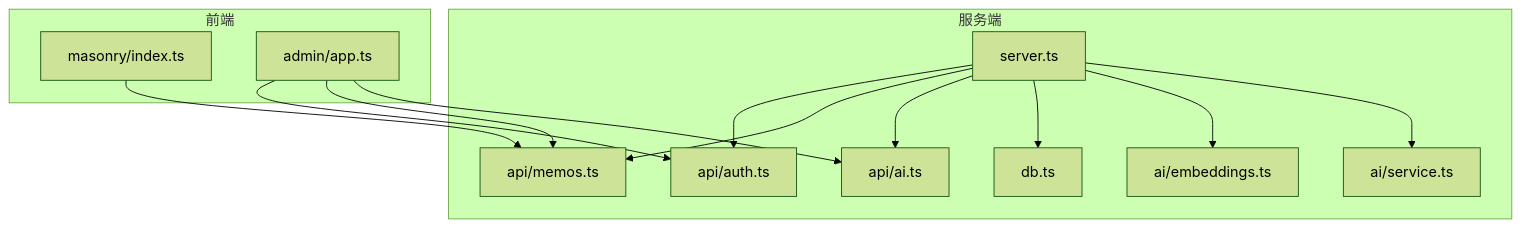
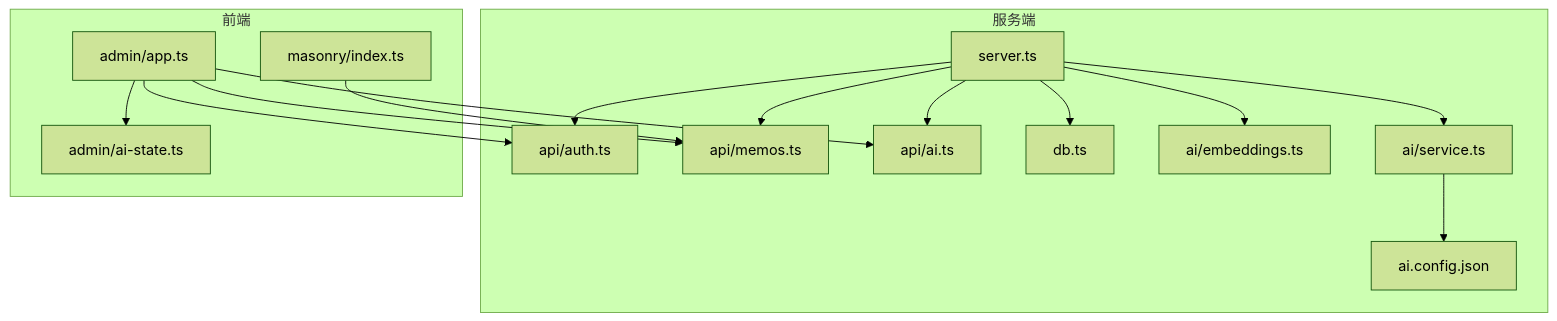
The second of 9 diagrams in .qoder/repowiki/zh/content/开发指南/开发指南.md (BlackBoxRecorder/memos), drawn with Mermaid (forest theme) before and after one commit. The commit also changed other lines of this file and 8 other files, not shown here.

````diff
--- a/.qoder/repowiki/zh/content/开发指南/开发指南.md
+++ b/.qoder/repowiki/zh/content/开发指南/开发指南.md
@@ -105,26 +110,30 @@
 ```mermaid
 graph TB
 subgraph "服务端"
 S["server.ts"]
 R1["api/auth.ts"]
 R2["api/memos.ts"]
 R3["api/ai.ts"]
 D["db.ts"]
 E["ai/embeddings.ts"]
 V["ai/service.ts"]
+CFG["ai.config.json"]
 end
 subgraph "前端"
 M["masonry/index.ts"]
 A["admin/app.ts"]
+AST["admin/ai-state.ts"]
 end
 S --> R1
 S --> R2
 S --> R3
 S --> D
 S --> E
 S --> V
+V --> CFG
+A --> AST
 M --> R2
 A --> R1
 A --> R2
 A --> R3
 ```
````
